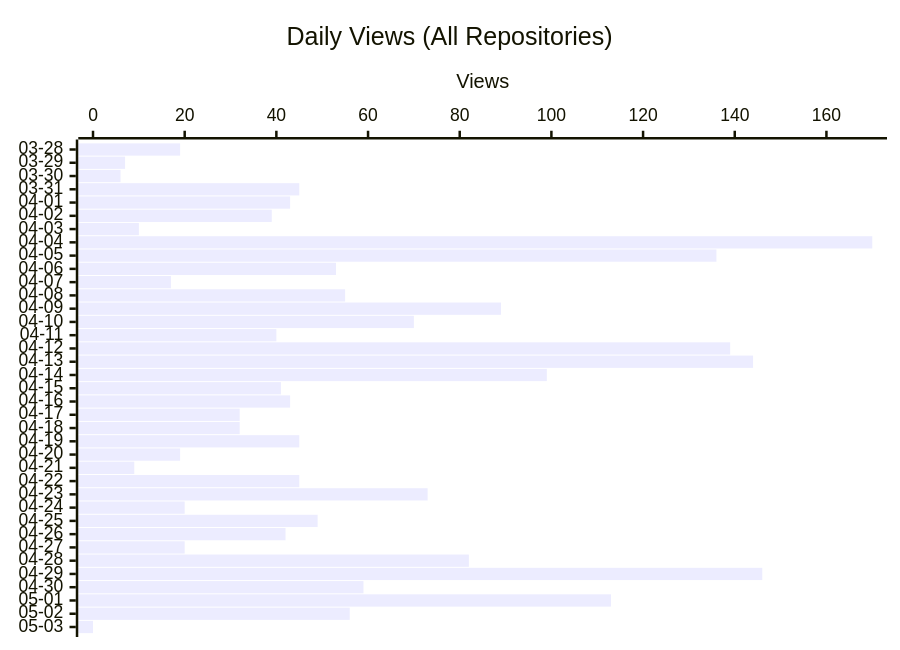
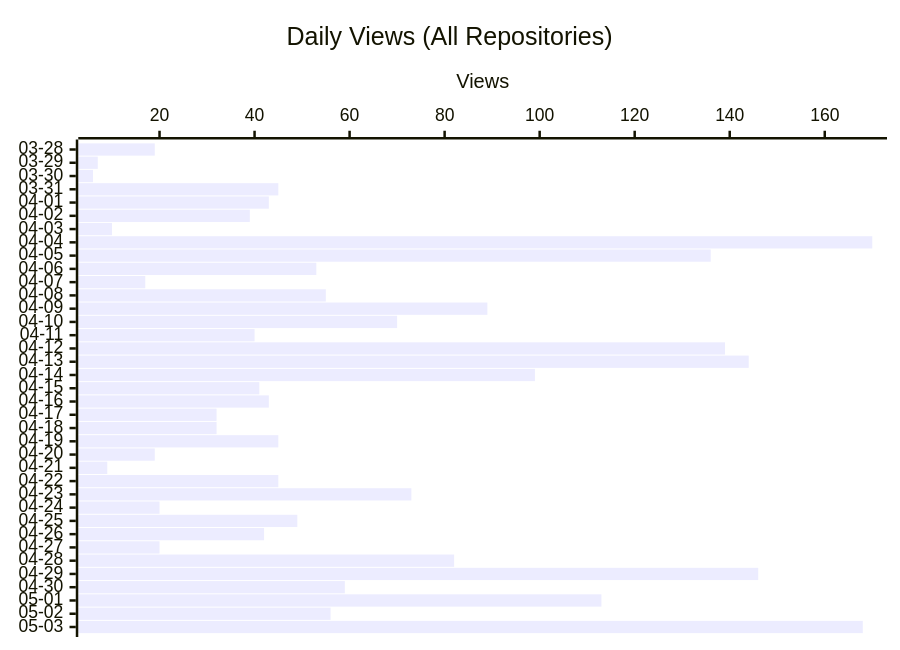
One commit to shigechika/github-insights changed the second of 3 diagrams in README.md. Above: the diagram before and after it, drawn with Mermaid. The commit also changed other lines of this file and 2 other files, not shown here.

````diff
--- a/README.md
+++ b/README.md
@@ -28,7 +28,7 @@
 ```mermaid
 xychart-beta horizontal
     title "Daily Views (All Repositories)"
     x-axis ["03-28", "03-29", "03-30", "03-31", "04-01", "04-02", "04-03", "04-04", "04-05", "04-06", "04-07", "04-08", "04-09", "04-10", "04-11", "04-12", "04-13", "04-14", "04-15", "04-16", "04-17", "04-18", "04-19", "04-20", "04-21", "04-22", "04-23", "04-24", "04-25", "04-26", "04-27", "04-28", "04-29", "04-30", "05-01", "05-02", "05-03"]
     y-axis "Views"
-    bar [19, 7, 6, 45, 43, 39, 10, 170, 136, 53, 17, 55, 89, 70, 40, 139, 144, 99, 41, 43, 32, 32, 45, 19, 9, 45, 73, 20, 49, 42, 20, 82, 146, 59, 113, 56, 0]
+    bar [19, 7, 6, 45, 43, 39, 10, 170, 136, 53, 17, 55, 89, 70, 40, 139, 144, 99, 41, 43, 32, 32, 45, 19, 9, 45, 73, 20, 49, 42, 20, 82, 146, 59, 113, 56, 168]
 ```
````
